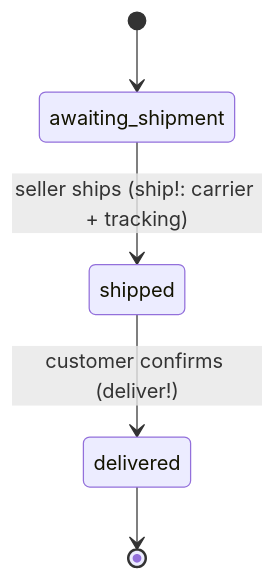
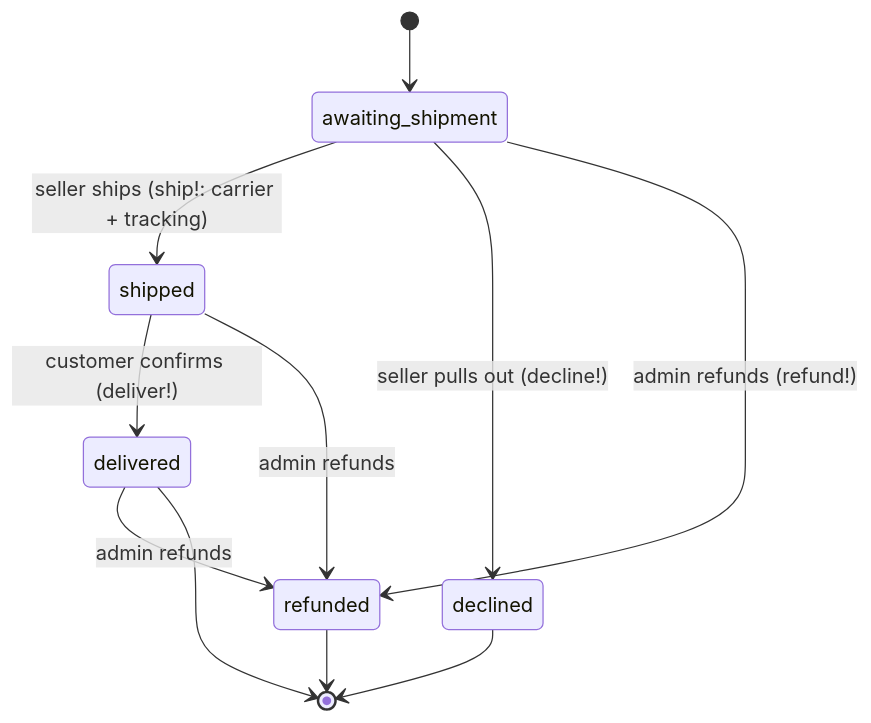
Before and after one commit to jonathan-beebe/art-store: the fifth of 5 diagrams in prototype/rails/docs/orders.md, drawn with Mermaid. The commit also changed other lines of this file and 318 other files, not shown here.

````diff
--- a/prototype/rails/docs/orders.md
+++ b/prototype/rails/docs/orders.md
@@ -96,7 +240,13 @@
 ```mermaid
 stateDiagram-v2
     [*] --> awaiting_shipment
     awaiting_shipment --> shipped : seller ships (ship!: carrier + tracking)
     shipped --> delivered : customer confirms (deliver!)
+    awaiting_shipment --> declined : seller pulls out (decline!)
+    awaiting_shipment --> refunded : admin refunds (refund!)
+    shipped --> refunded : admin refunds
+    delivered --> refunded : admin refunds
     delivered --> [*]
+    declined --> [*]
+    refunded --> [*]
 ```
````
